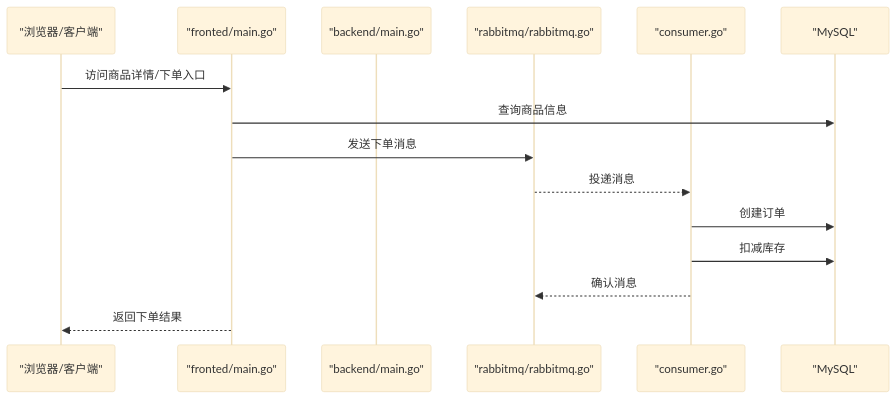
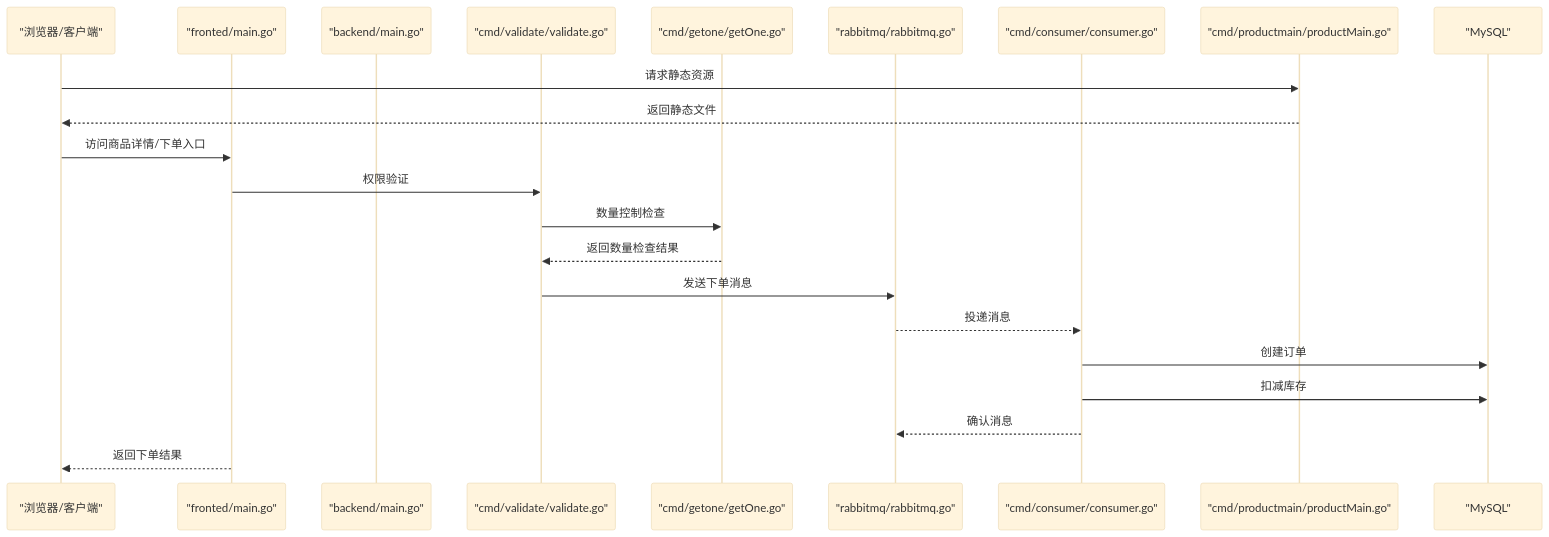
Before and after one commit to gbtdesign/e-commerce-t: the second of 8 diagrams in .qoder/repowiki/zh/content/快速开始.md, drawn with Mermaid (base theme). The commit also changed other lines of this file and 53 other files, not shown here.

````diff
--- a/.qoder/repowiki/zh/content/快速开始.md
+++ b/.qoder/repowiki/zh/content/快速开始.md
@@ -108,17 +122,24 @@
 ```mermaid
 sequenceDiagram
 participant Client as "浏览器/客户端"
 participant Frontend as "fronted/main.go"
 participant Backend as "backend/main.go"
+participant Validate as "cmd/validate/validate.go"
+participant GetOne as "cmd/getone/getOne.go"
 participant MQ as "rabbitmq/rabbitmq.go"
-participant Consumer as "consumer.go"
+participant Consumer as "cmd/consumer/consumer.go"
+participant StaticServer as "cmd/productmain/productMain.go"
 participant DB as "MySQL"
+Client->>StaticServer : 请求静态资源
+StaticServer-->>Client : 返回静态文件
 Client->>Frontend : 访问商品详情/下单入口
-Frontend->>DB : 查询商品信息
-Frontend->>MQ : 发送下单消息
+Frontend->>Validate : 权限验证
+Validate->>GetOne : 数量控制检查
+GetOne-->>Validate : 返回数量检查结果
+Validate->>MQ : 发送下单消息
 MQ-->>Consumer : 投递消息
 Consumer->>DB : 创建订单
 Consumer->>DB : 扣减库存
 Consumer-->>MQ : 确认消息
 Frontend-->>Client : 返回下单结果
 ```
````
